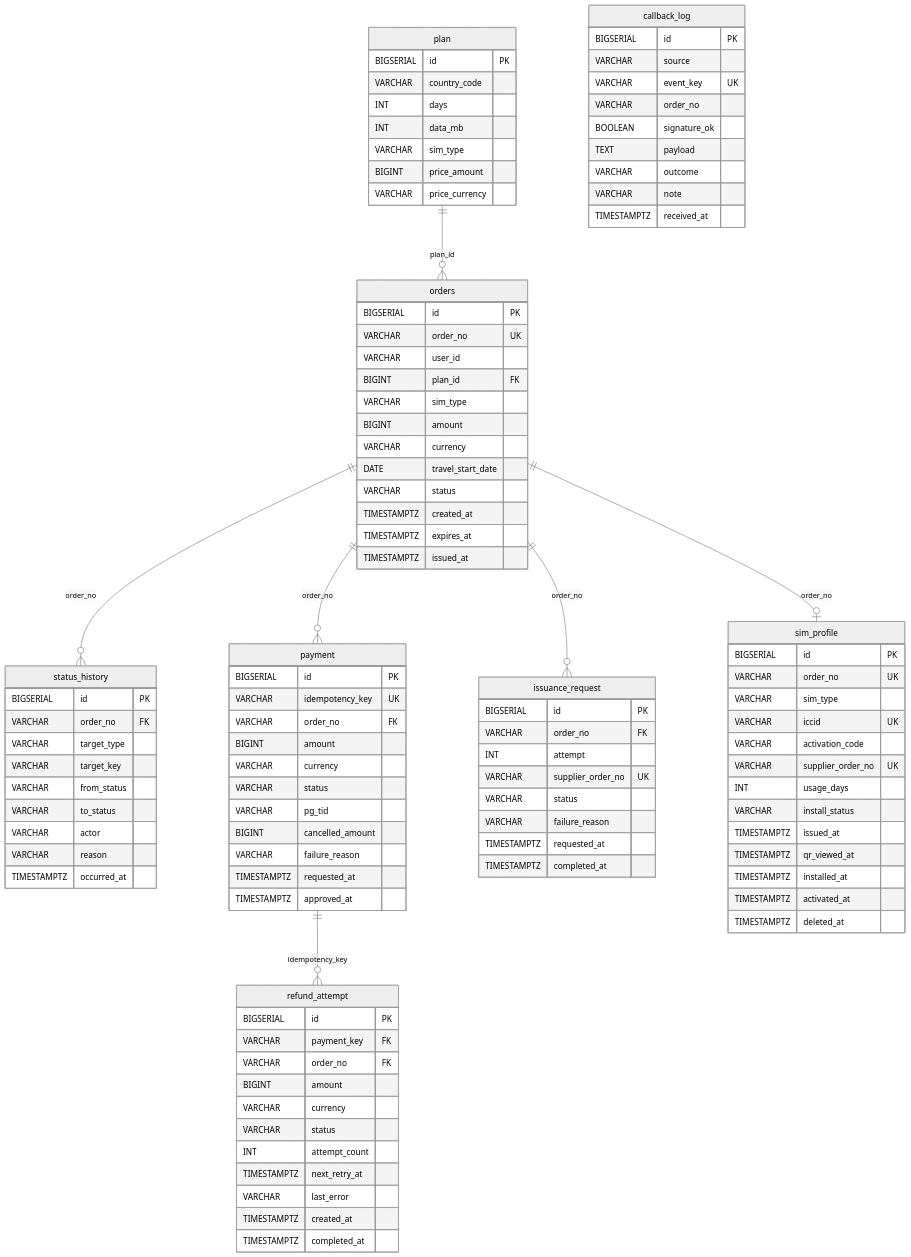
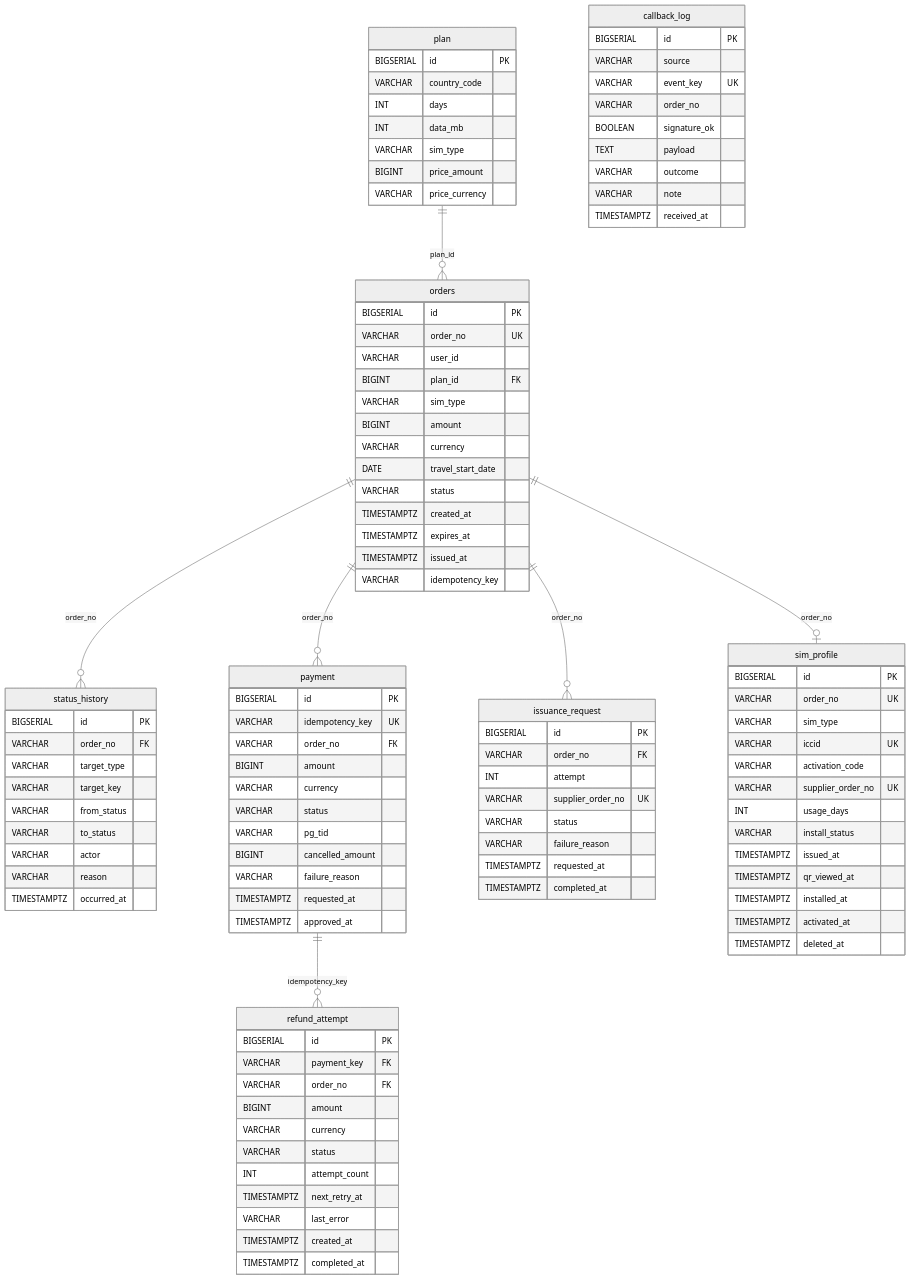
One commit to Voyager003/ROAMPASS_SERVER changed the fifth of 5 diagrams in README.md. Above: the diagram before and after it, drawn with Mermaid (neutral theme). The commit also changed other lines of this file and 17 other files, not shown here.

```diff
--- a/README.md
+++ b/README.md
@@ -551,6 +568,7 @@
         TIMESTAMPTZ created_at
         TIMESTAMPTZ expires_at
         TIMESTAMPTZ issued_at
+        VARCHAR idempotency_key
     }
     status_history {
         BIGSERIAL id PK
```
